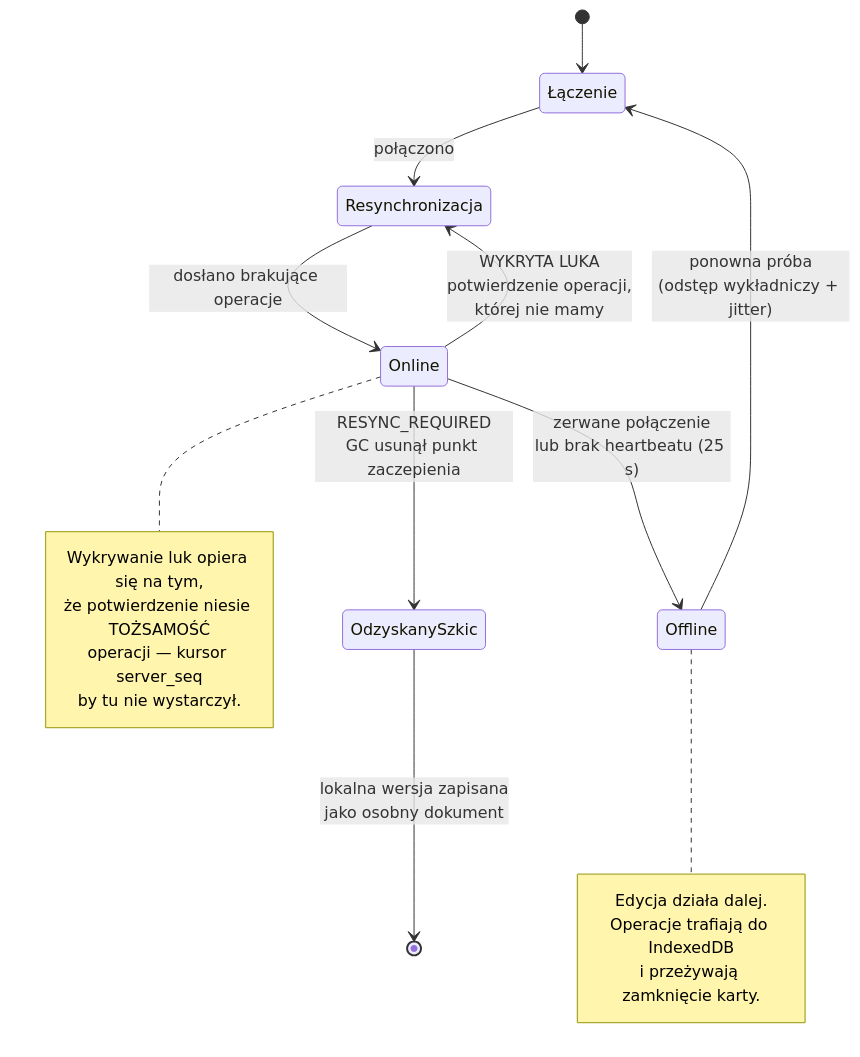
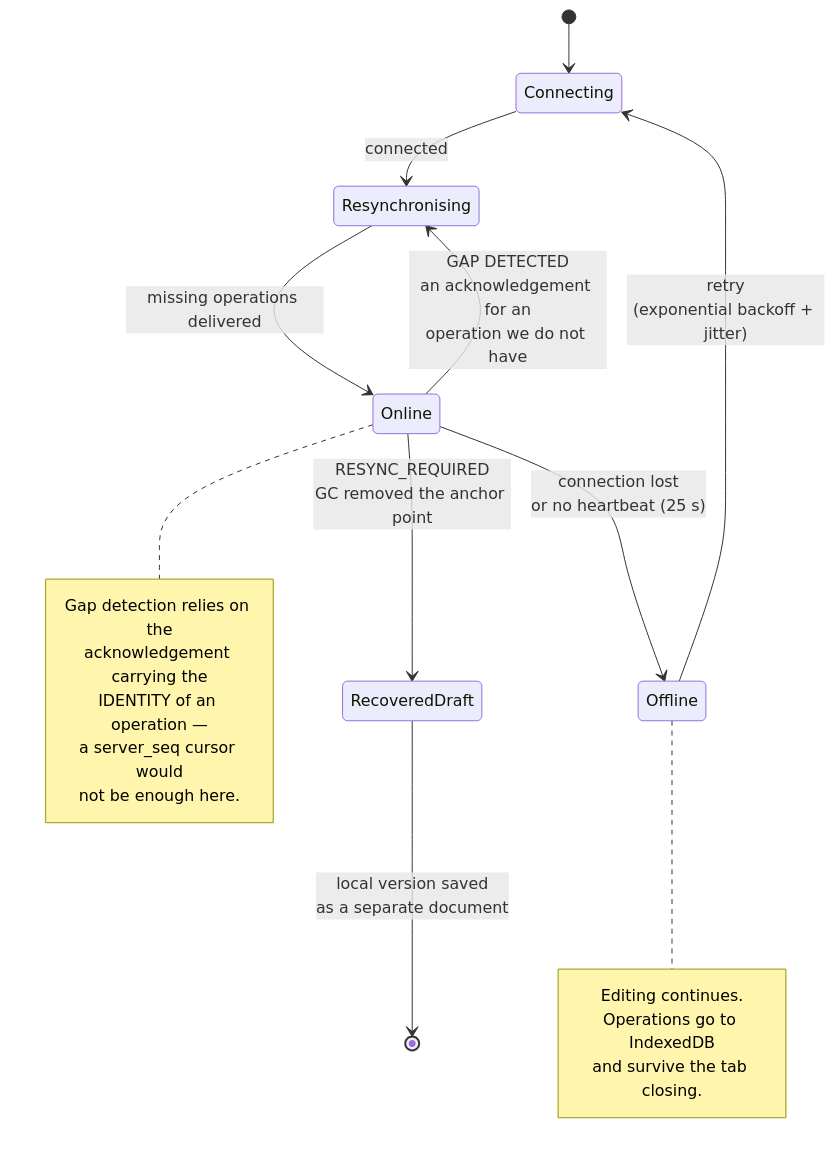
Before and after one commit to mblaszczykowski/Collaborative-Document-Editor: the third of 4 diagrams in docs/architektura.md, drawn with Mermaid. The commit also changed other lines of this file and 1 other file, not shown here.

Commit message:
docs(i18n): crdt-design and the architecture diagrams in English

````diff
--- a/docs/architektura.md
+++ b/docs/architektura.md
@@ -105,27 +105,28 @@
 ```mermaid
 stateDiagram-v2
-    [*] --> Łączenie
-    Łączenie --> Resynchronizacja: połączono
-    Resynchronizacja --> Online: dosłano brakujące operacje
+    [*] --> Connecting
+    Connecting --> Resynchronising: connected
+    Resynchronising --> Online: missing operations delivered
 
-    Online --> Offline: zerwane połączenie<br/>lub brak heartbeatu (25 s)
-    Offline --> Łączenie: ponowna próba<br/>(odstęp wykładniczy + jitter)
+    Online --> Offline: connection lost<br/>or no heartbeat (25 s)
+    Offline --> Connecting: retry<br/>(exponential backoff + jitter)
 
-    Online --> Resynchronizacja: WYKRYTA LUKA<br/>potwierdzenie operacji,<br/>której nie mamy
+    Online --> Resynchronising: GAP DETECTED<br/>an acknowledgement for an<br/>operation we do not have
 
-    Online --> OdzyskanySzkic: RESYNC_REQUIRED<br/>GC usunął punkt zaczepienia
-    OdzyskanySzkic --> [*]: lokalna wersja zapisana<br/>jako osobny dokument
+    Online --> RecoveredDraft: RESYNC_REQUIRED<br/>GC removed the anchor point
+    RecoveredDraft --> [*]: local version saved<br/>as a separate document
 
     note right of Offline
-        Edycja działa dalej.
-        Operacje trafiają do IndexedDB
-        i przeżywają zamknięcie karty.
+        Editing continues.
+        Operations go to IndexedDB
+        and survive the tab closing.
     end note
 
     note right of Online
-        Wykrywanie luk opiera się na tym,
-        że potwierdzenie niesie TOŻSAMOŚĆ
-        operacji — kursor server_seq
-        by tu nie wystarczył.
+        Gap detection relies on the
+        acknowledgement carrying the
+        IDENTITY of an operation —
+        a server_seq cursor would
+        not be enough here.
     end note
 ```
````
